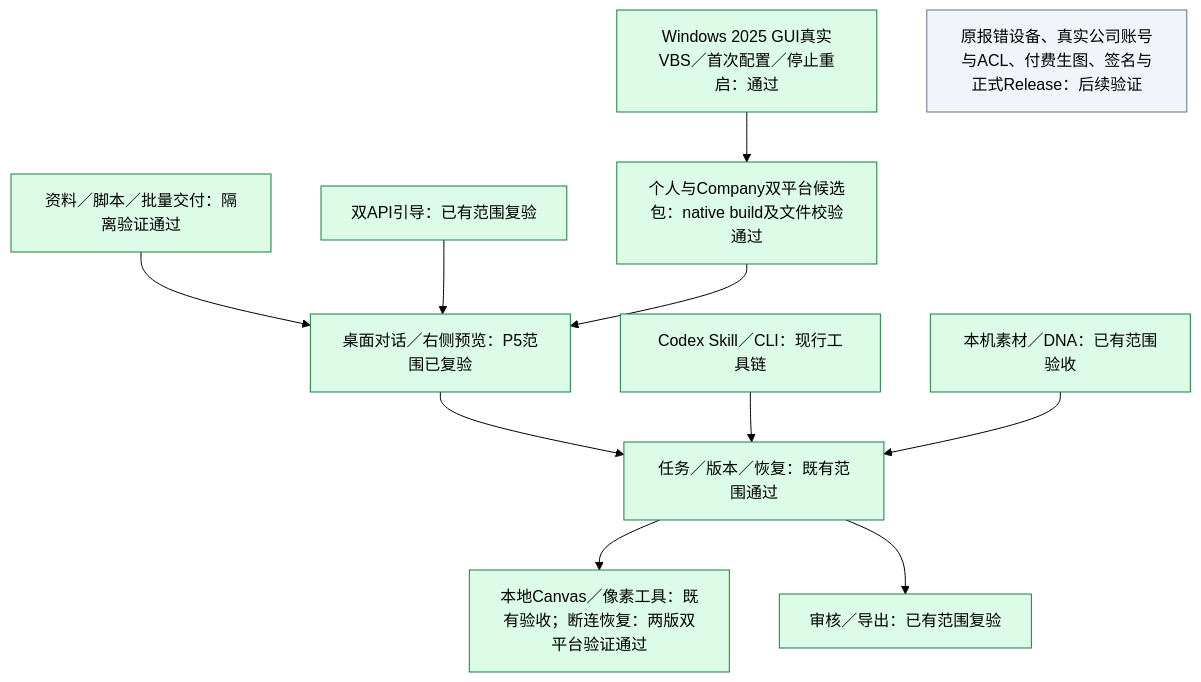
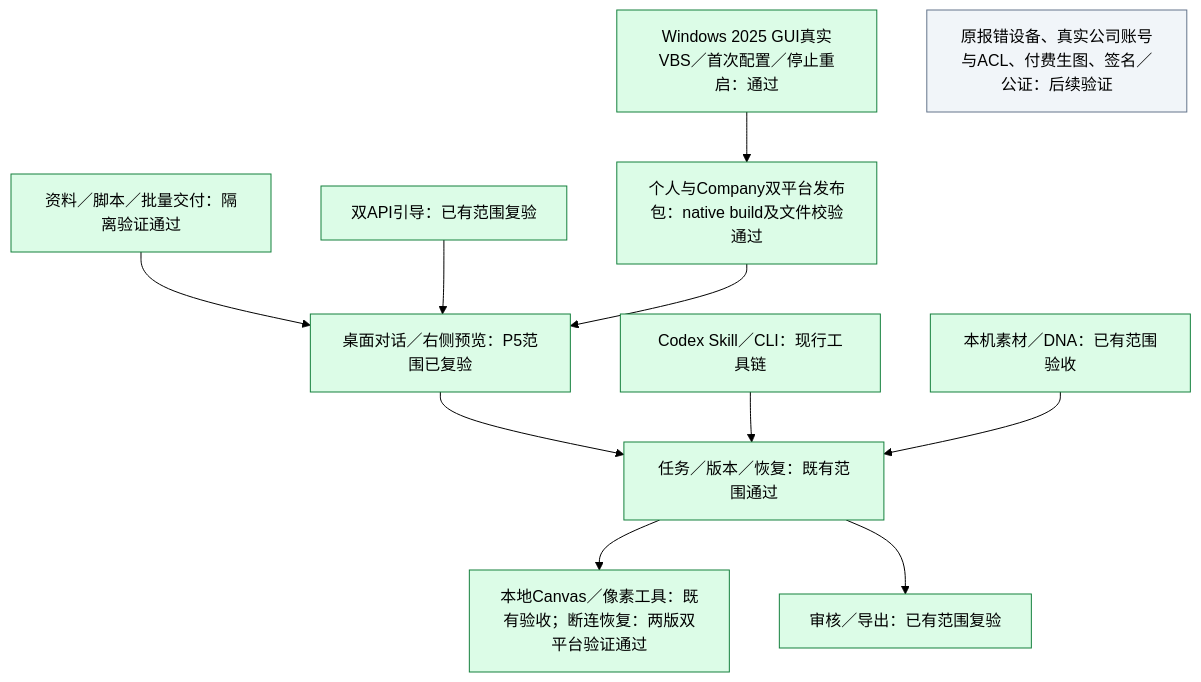
Before and after one commit to akechi0819-lgtm/creative-Agent-studio: the second of 2 diagrams in docs/工程进度.md, drawn with Mermaid (forest theme). The commit also changed other lines of this file and 3 other files, not shown here.

````diff
--- a/docs/工程进度.md
+++ b/docs/工程进度.md
@@ -77,19 +77,19 @@
 ```mermaid
 flowchart TB
     WEB["桌面对话／右侧预览：P5范围已复验"] --> CORE["任务／版本／恢复：既有范围通过"]
     CLI["Codex Skill／CLI：现行工具链"] --> CORE
     LIB["本机素材／DNA：已有范围验收"] --> CORE
     TOOLS["资料／脚本／批量交付：隔离验证通过"] --> WEB
     GUIDE["双API引导：已有范围复验"] --> WEB
     CORE --> CANVAS["本地Canvas／像素工具：既有验收；断连恢复：两版双平台验证通过"]
     CORE --> EXPORT["审核／导出：已有范围复验"]
-    DIST["个人与Company双平台候选包：native build及文件校验通过"] --> WEB
+    DIST["个人与Company双平台发布包：native build及文件校验通过"] --> WEB
     WIN["Windows 2025 GUI真实VBS／首次配置／停止重启：通过"] --> DIST
-    NEXT["原报错设备、真实公司账号与ACL、付费生图、签名与正式Release：后续验证"]
+    NEXT["原报错设备、真实公司账号与ACL、付费生图、签名／公证：后续验证"]
     classDef done fill:#dcfce7,stroke:#15803d;
     classDef current fill:#ffedd5,stroke:#c2410c;
     classDef later fill:#f1f5f9,stroke:#64748b;
     class WEB,CLI,LIB,TOOLS,GUIDE,CORE,CANVAS,EXPORT,DIST done;
     class WIN done;
     class NEXT later;
 ```
````
